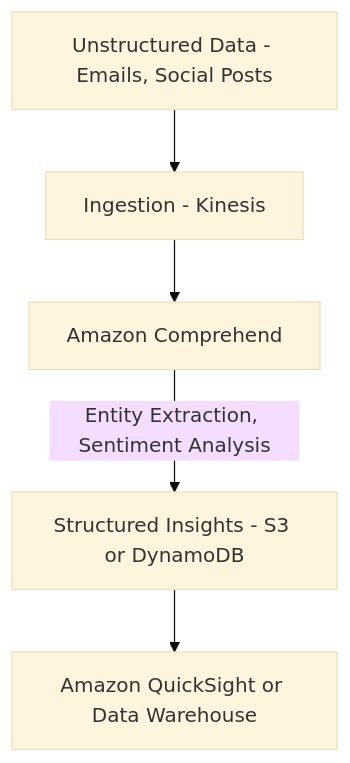
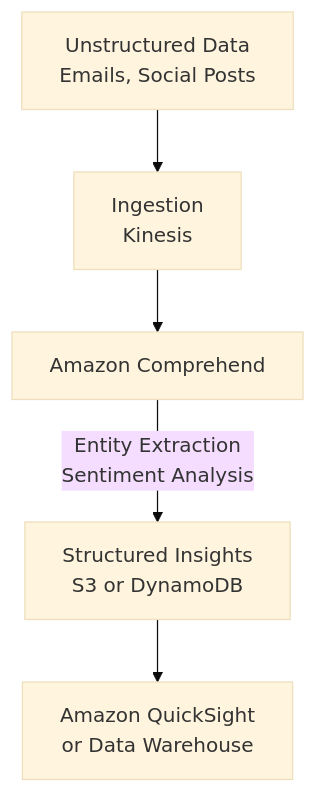
The diagram in MachineLearning/6-Comprehend.md (rathiaditya/AWSCertification), drawn with Mermaid (base theme) before and after one commit.

Commit message:
Comprehend

````diff
--- a/MachineLearning/6-Comprehend.md
+++ b/MachineLearning/6-Comprehend.md
@@ -30,7 +30,8 @@
 ```mermaid
 graph TD
-    A[Unstructured Data - Emails, Social Posts] --> B[Ingestion - Kinesis]
+    A[Unstructured Data<br>Emails, Social Posts] --> B[Ingestion<br>Kinesis]
     B --> C[Amazon Comprehend]
-    C -->|Entity Extraction, Sentiment Analysis| D[Structured Insights - S3 or DynamoDB]
-    D --> E[Amazon QuickSight or Data Warehouse]
+    C -->|Entity Extraction<br>Sentiment Analysis| D[Structured Insights<br>S3 or DynamoDB]
+    D --> E[Amazon QuickSight<br>or Data Warehouse]
+
 ```
````
